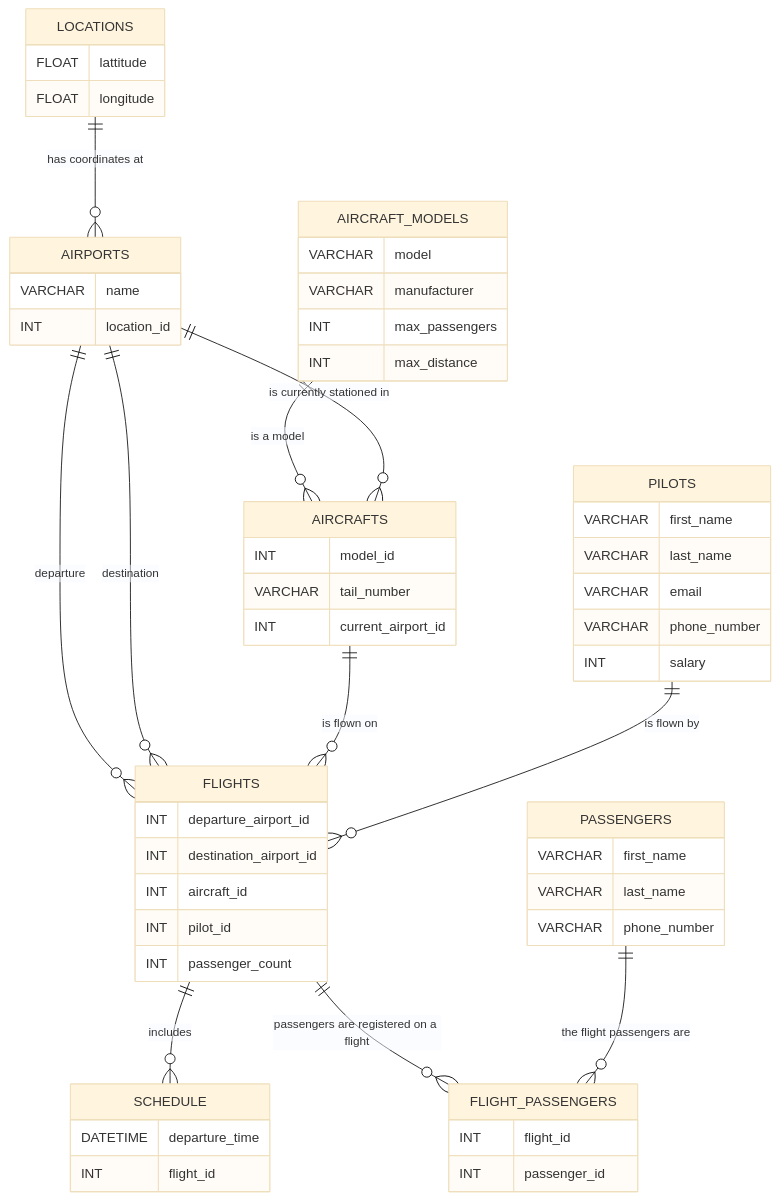
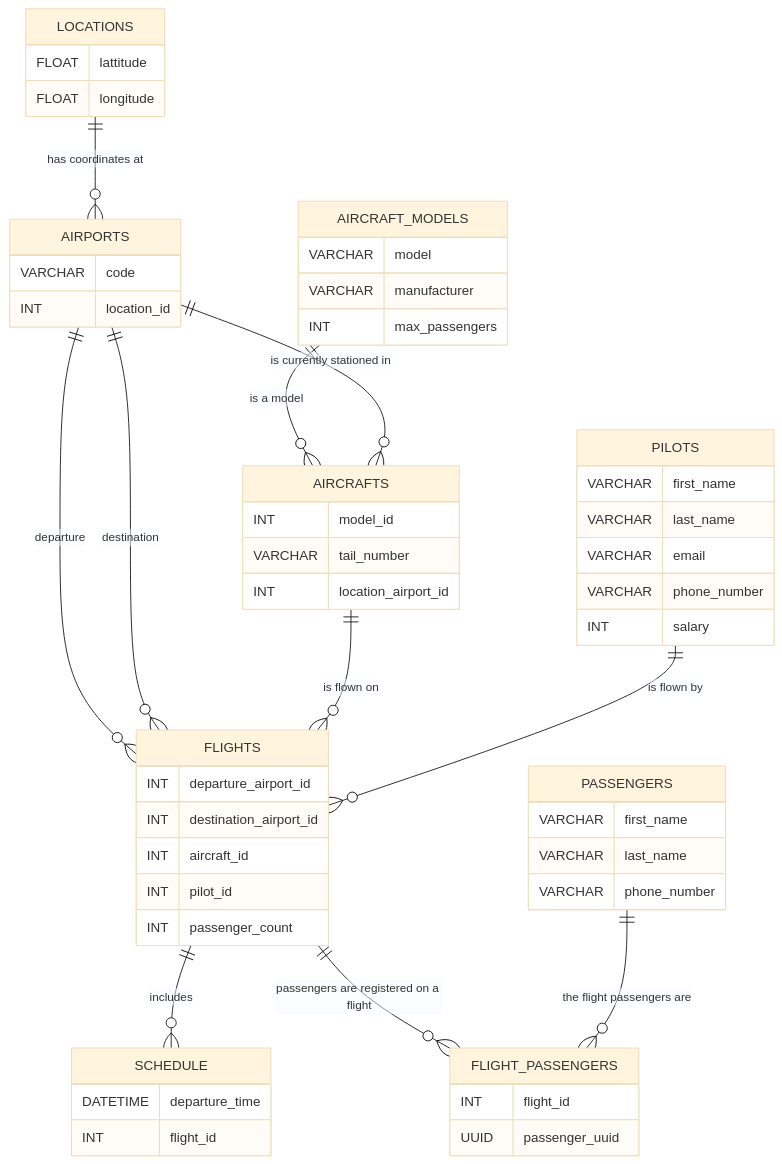
Before and after one commit to MyshkoKovalenko/sql-full-db-example: the diagram in ERD.md, drawn with Mermaid (base theme). The commit also changed 1 other file, not shown here.

Commit message:
Added SQL-script to create tables

````diff
--- a/ERD.md
+++ b/ERD.md
@@ -1,69 +1,68 @@
 ```mermaid
 erDiagram
     
     SCHEDULE {
         DATETIME departure_time
         INT flight_id
     }
 
     FLIGHTS {
         INT departure_airport_id
         INT destination_airport_id
         INT aircraft_id
         INT pilot_id
         INT passenger_count
     }
 
     PASSENGERS {
         VARCHAR first_name
         VARCHAR last_name
         VARCHAR phone_number
     }
 
     FLIGHT_PASSENGERS {
         INT flight_id
-        INT passenger_id
+        UUID passenger_uuid
     }
 
     AIRCRAFTS {
         INT model_id
         VARCHAR tail_number
-        INT current_airport_id
+        INT location_airport_id
     }
 
     AIRCRAFT_MODELS {
         VARCHAR model
         VARCHAR manufacturer
         INT max_passengers
-        INT max_distance
     }
 
     PILOTS {
         VARCHAR first_name
         VARCHAR last_name
         VARCHAR email
         VARCHAR phone_number
         INT salary
     }
 
     AIRPORTS {
-        VARCHAR name
+        VARCHAR code
         INT location_id
     }
 
     LOCATIONS {
         FLOAT lattitude
         FLOAT longitude
     }
 
     FLIGHTS ||--o{ SCHEDULE: "includes"
     AIRPORTS ||--o{ FLIGHTS: "departure"
     AIRPORTS ||--o{ FLIGHTS: "destination"
     AIRCRAFTS ||--o{ FLIGHTS: "is flown on"
     PILOTS ||--o{ FLIGHTS: "is flown by"
     FLIGHTS ||--o{ FLIGHT_PASSENGERS: "passengers are registered on a flight"
     PASSENGERS ||--o{ FLIGHT_PASSENGERS: "the flight passengers are"
     AIRCRAFT_MODELS ||--o{ AIRCRAFTS: "is a model"
     AIRPORTS ||--o{ AIRCRAFTS: "is currently stationed in"
     LOCATIONS ||--o{ AIRPORTS: "has coordinates at"
 ```
````
